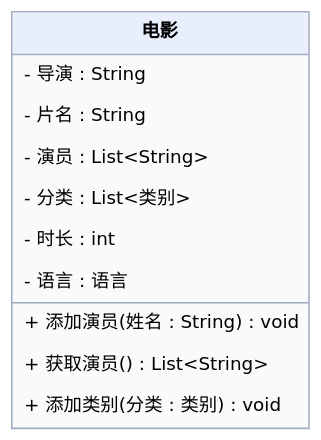
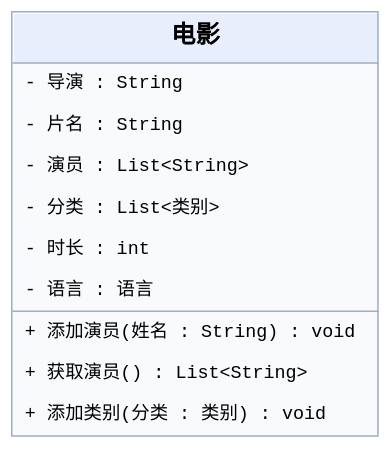
Before and after one commit to edetroll/java-oop: the diagram in content/chapters/03-adatrejtes/media/task3-zh.dot, drawn with Graphviz. The commit also changed 38 other files, not shown here.

```diff
--- a/content/chapters/03-adatrejtes/media/task3-zh.dot
+++ b/content/chapters/03-adatrejtes/media/task3-zh.dot
@@ -1,1 +1,1 @@
-digraph G { graph [bgcolor="transparent",pad="0.05"]; node [shape=plaintext,fontname="DejaVu Sans",fontsize=12]; a [label=<<TABLE BORDER="1" CELLBORDER="0" CELLSPACING="0" CELLPADDING="7" COLOR="#a0adc2" BGCOLOR="#f8fafc"><TR><TD BGCOLOR="#e8eefc"><B>电影</B></TD></TR><HR/><TR><TD ALIGN="LEFT" BALIGN="LEFT">- 导演 : String</TD></TR><TR><TD ALIGN="LEFT" BALIGN="LEFT">- 片名 : String</TD></TR><TR><TD ALIGN="LEFT" BALIGN="LEFT">- 演员 : List&lt;String&gt;</TD></TR><TR><TD ALIGN="LEFT" BALIGN="LEFT">- 分类 : List&lt;类别&gt;</TD></TR><TR><TD ALIGN="LEFT" BALIGN="LEFT">- 时长 : int</TD></TR><TR><TD ALIGN="LEFT" BALIGN="LEFT">- 语言 : 语言</TD></TR><HR/><TR><TD ALIGN="LEFT" BALIGN="LEFT">+ 添加演员(姓名 : String) : void</TD></TR><TR><TD ALIGN="LEFT" BALIGN="LEFT">+ 获取演员() : List&lt;String&gt;</TD></TR><TR><TD ALIGN="LEFT" BALIGN="LEFT">+ 添加类别(分类 : 类别) : void</TD></TR></TABLE>>]; }
+digraph G { graph [bgcolor="transparent",pad="0.05"]; node [shape=plaintext,fontname="Liberation Mono",fontsize=12]; a [label=<<TABLE BORDER="1" CELLBORDER="0" CELLSPACING="0" CELLPADDING="7" COLOR="#a0adc2" BGCOLOR="#f8fafc"><TR><TD BGCOLOR="#e8eefc"><FONT FACE="Liberation Mono" POINT-SIZE="16"><B>电影</B></FONT></TD></TR><HR/><TR><TD ALIGN="LEFT" BALIGN="LEFT">- 导演 : String</TD></TR><TR><TD ALIGN="LEFT" BALIGN="LEFT">- 片名 : String</TD></TR><TR><TD ALIGN="LEFT" BALIGN="LEFT">- 演员 : List&lt;String&gt;</TD></TR><TR><TD ALIGN="LEFT" BALIGN="LEFT">- 分类 : List&lt;类别&gt;</TD></TR><TR><TD ALIGN="LEFT" BALIGN="LEFT">- 时长 : int</TD></TR><TR><TD ALIGN="LEFT" BALIGN="LEFT">- 语言 : 语言</TD></TR><HR/><TR><TD ALIGN="LEFT" BALIGN="LEFT">+ 添加演员(姓名 : String) : void</TD></TR><TR><TD ALIGN="LEFT" BALIGN="LEFT">+ 获取演员() : List&lt;String&gt;</TD></TR><TR><TD ALIGN="LEFT" BALIGN="LEFT">+ 添加类别(分类 : 类别) : void</TD></TR></TABLE>>]; }
```
